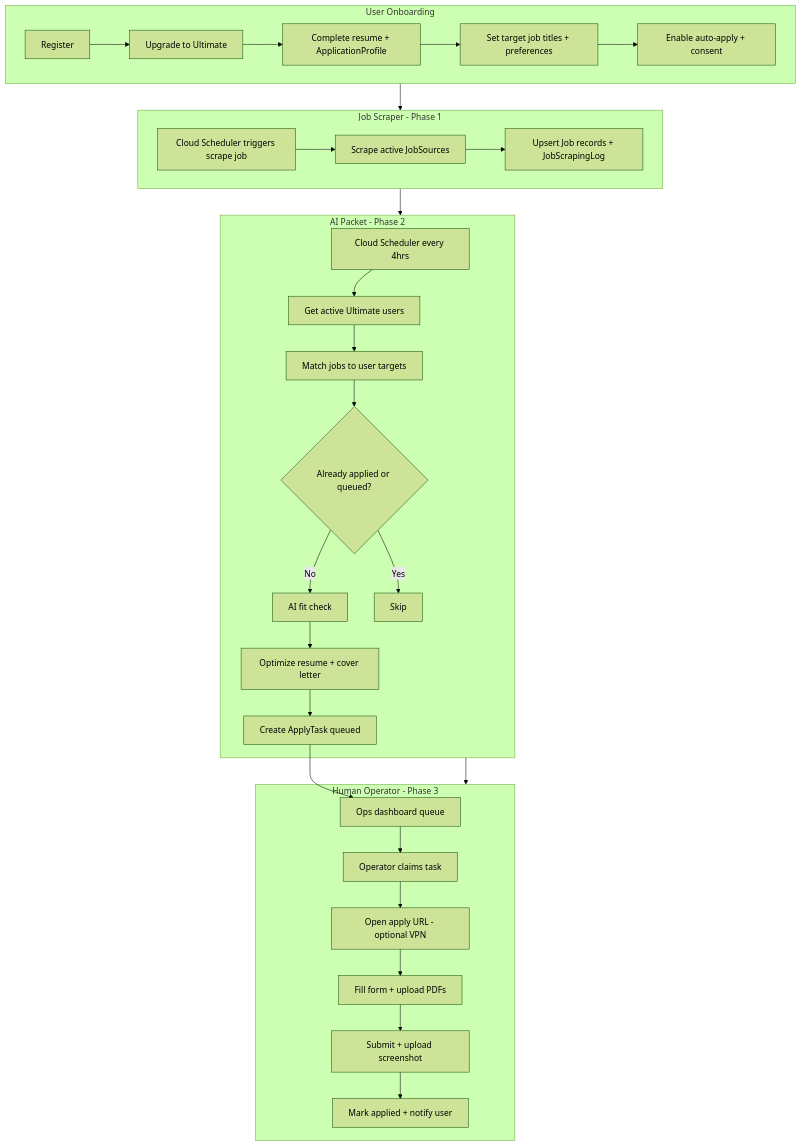
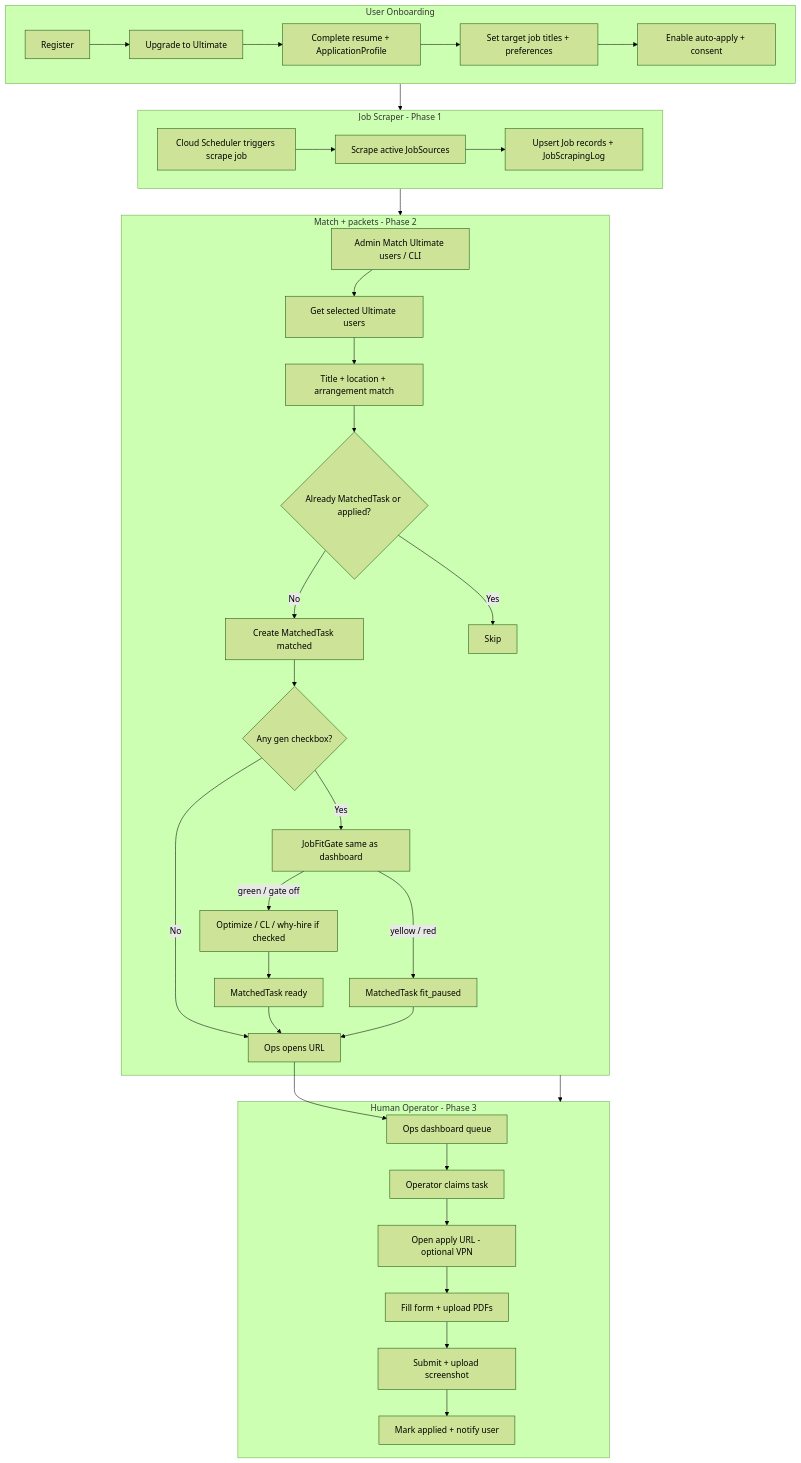
One commit to esaatech/Jobeasy changed the first of 2 diagrams in docs/architecture/ultimate-auto-apply-and-job-scraper.md. Above: the diagram before and after it, drawn with Mermaid (forest theme). The commit also changed other lines of this file and 16 other files, not shown here.

First line of the commit message:
Ship MatchedTask fit packets with always-on gate and ops detail page.

````diff
--- a/docs/architecture/ultimate-auto-apply-and-job-scraper.md
+++ b/docs/architecture/ultimate-auto-apply-and-job-scraper.md
@@ -145,37 +142,43 @@
 ```mermaid
 flowchart TD
     subgraph onboarding [User Onboarding]
         A[Register] --> B[Upgrade to Ultimate]
         B --> C[Complete resume + ApplicationProfile]
         C --> D[Set target job titles + preferences]
         D --> E[Enable auto-apply + consent]
     end
 
     subgraph scrape [Job Scraper - Phase 1]
         F[Cloud Scheduler triggers scrape job] --> G[Scrape active JobSources]
         G --> H[Upsert Job records + JobScrapingLog]
     end
 
-    subgraph ai [AI Packet - Phase 2]
-        I[Cloud Scheduler every 4hrs] --> J[Get active Ultimate users]
-        J --> K[Match jobs to user targets]
-        K --> L{Already applied or queued?}
-        L -->|No| M[AI fit check]
-        M --> N[Optimize resume + cover letter]
-        N --> O[Create ApplyTask queued]
+    subgraph ai [Match + packets - Phase 2]
+        I[Admin Match Ultimate users / CLI] --> J[Get selected Ultimate users]
+        J --> K[Title + location + arrangement match]
+        K --> L{Already MatchedTask or applied?}
+        L -->|No| M[Create MatchedTask matched]
+        M --> N{Any gen checkbox?}
+        N -->|Yes| FIT[JobFitGate same as dashboard]
+        FIT -->|green / gate off| GEN[Optimize / CL / why-hire if checked]
+        GEN --> O[MatchedTask ready]
+        FIT -->|yellow / red| PAUSE[MatchedTask fit_paused]
+        N -->|No| OPS[Ops opens URL]
+        O --> OPS
+        PAUSE --> OPS
         L -->|Yes| P[Skip]
     end
 
     subgraph human [Human Operator - Phase 3]
-        O --> Q[Ops dashboard queue]
+        OPS --> Q[Ops dashboard queue]
         Q --> R[Operator claims task]
         R --> S[Open apply URL - optional VPN]
         S --> T[Fill form + upload PDFs]
         T --> U[Submit + upload screenshot]
         U --> V[Mark applied + notify user]
     end
 
     onboarding --> scrape
     scrape --> ai
     ai --> human
 ```
````
